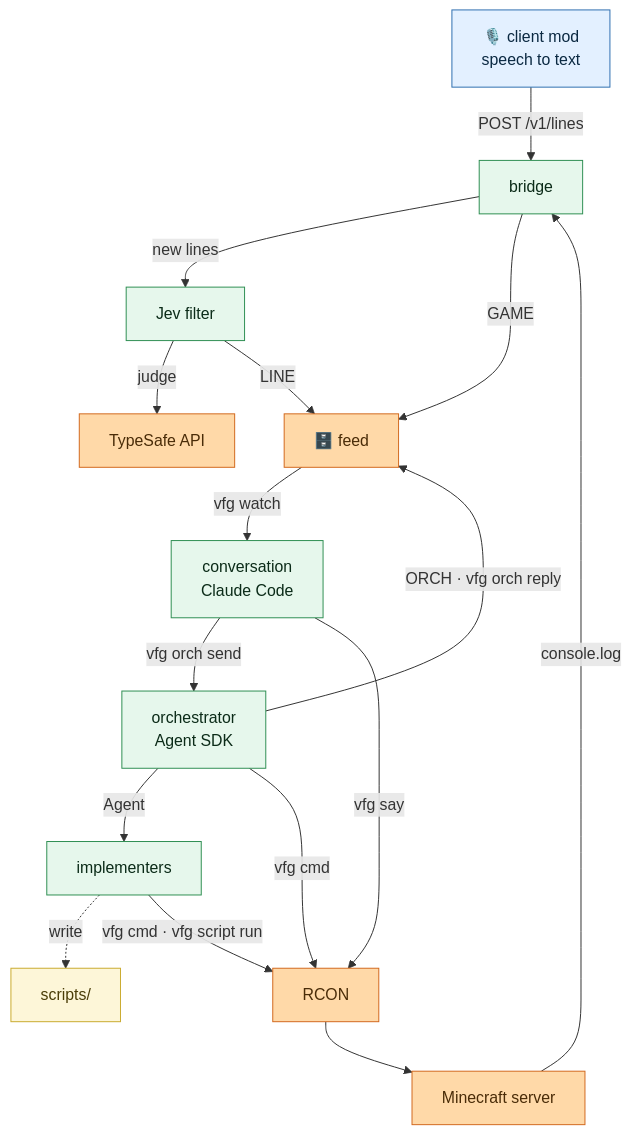
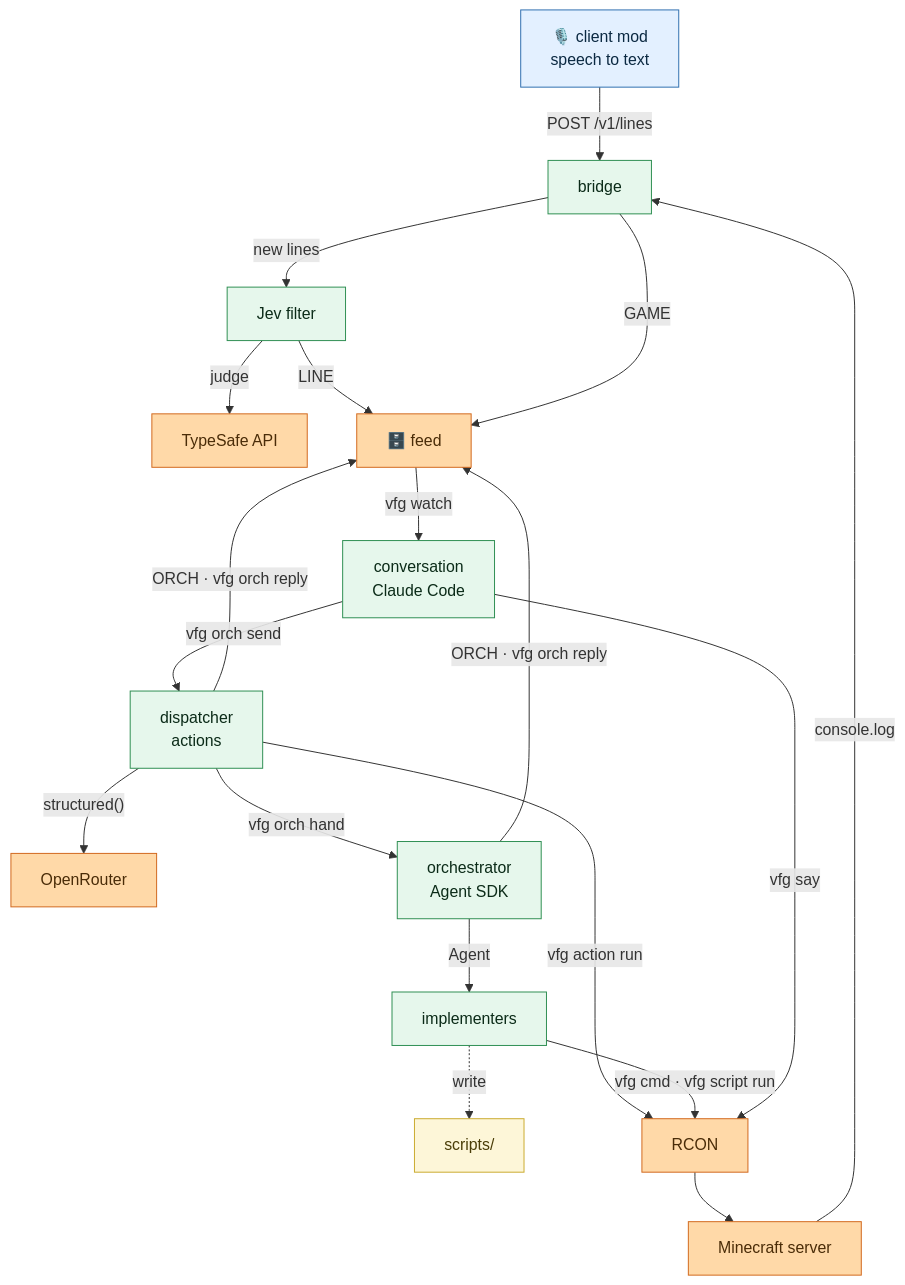
Before and after one commit to jesse51002/everhear: the diagram in README.md, drawn with Mermaid. The commit also changed other lines of this file and 73 other files, not shown here.

First line of the commit message:
dispatcher: quick actions in front of the orchestrator

````diff
--- a/README.md
+++ b/README.md
@@ -10,39 +10,44 @@
 ```mermaid
 flowchart TB
   Mod["🎙️ client mod<br/>speech to text"]
   Bridge["bridge"]
   Jev["Jev filter"]
   TypeSafe["TypeSafe API"]
   Feed["🗄️ feed"]
   Conv["conversation<br/>Claude Code"]
+  Disp["dispatcher<br/>actions"]
+  OpenRouter["OpenRouter"]
   Orch["orchestrator<br/>Agent SDK"]
   Impl["implementers"]
   Scripts["scripts/"]
   RCON["RCON"]
   MC["Minecraft server"]
 
   Mod -->|"POST /v1/lines"| Bridge
   Bridge -->|"new lines"| Jev
   Jev -->|"judge"| TypeSafe
   Jev -->|"LINE"| Feed
   Bridge -->|"GAME"| Feed
   Feed -->|"vfg watch"| Conv
-  Conv -->|"vfg orch send"| Orch
+  Conv -->|"vfg orch send"| Disp
+  Disp -->|"structured()"| OpenRouter
+  Disp -->|"vfg orch hand"| Orch
+  Disp -->|"vfg action run"| RCON
   Orch -->|"Agent"| Impl
   Impl -.->|"write"| Scripts
-  Orch -->|"vfg cmd"| RCON
   Impl -->|"vfg cmd · vfg script run"| RCON
   Conv -->|"vfg say"| RCON
   RCON --> MC
   MC -->|"console.log"| Bridge
+  Disp -->|"ORCH · vfg orch reply"| Feed
   Orch -->|"ORCH · vfg orch reply"| Feed
 
   classDef client fill:#e3f0ff,stroke:#2f6fb0,color:#0b2942;
   classDef svc    fill:#e6f7ec,stroke:#2f8f53,color:#0b2b18;
   classDef ext    fill:#ffd9a8,stroke:#d2691e,color:#4a2c08;
   classDef tool   fill:#fdf6d8,stroke:#caab2f,color:#4a3d08;
   class Mod client;
-  class Bridge,Jev,Conv,Orch,Impl svc;
-  class Feed,TypeSafe,RCON,MC ext;
+  class Bridge,Jev,Conv,Disp,Orch,Impl svc;
+  class Feed,TypeSafe,OpenRouter,RCON,MC ext;
   class Scripts tool;
 ```
````
